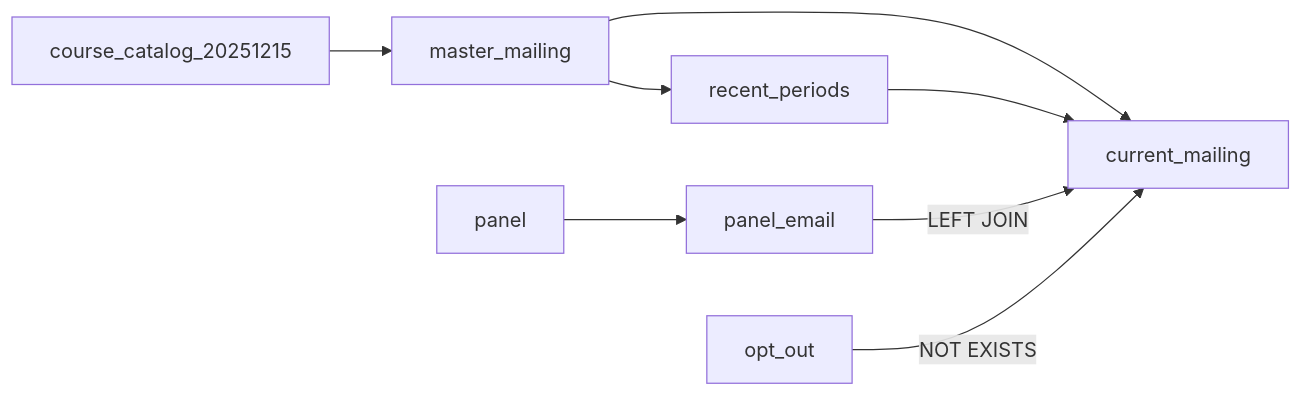
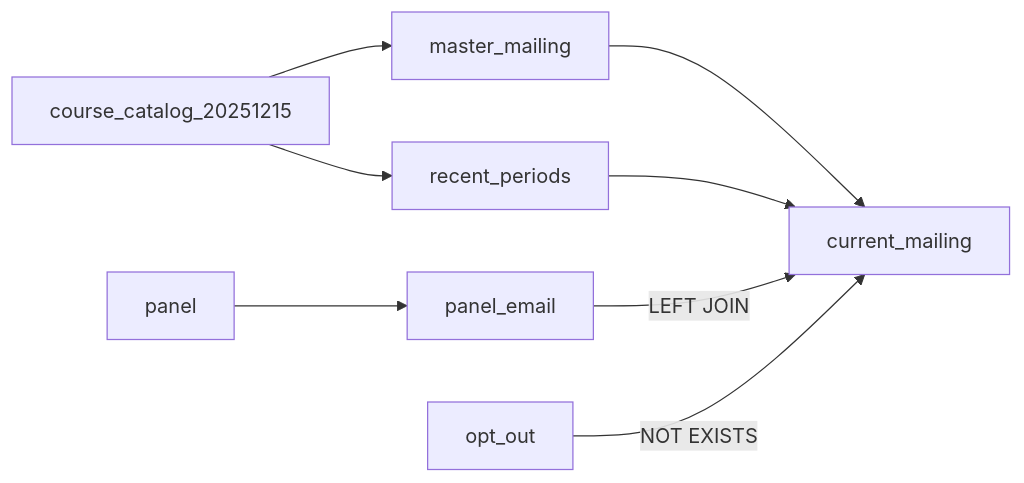
Before and after one commit to christopherseaman/commodoreSQL: the diagram in MAILING-FLOW.md, drawn with Mermaid. The commit also changed other lines of this file and 42 other files, not shown here.

Commit message:
refactor: align release relations with data flow

````diff
--- a/MAILING-FLOW.md
+++ b/MAILING-FLOW.md
@@ -9,10 +9,10 @@
 ```mermaid
 flowchart LR
     S[course_catalog_20251215] --> M[master_mailing]
-    M --> R[recent_periods]
+    S --> R[recent_periods]
     M --> W[current_mailing]
     R --> W
     H[panel] --> P[panel_email]
     P -->|LEFT JOIN| W
     O[opt_out] -->|NOT EXISTS| W
 ```
````
